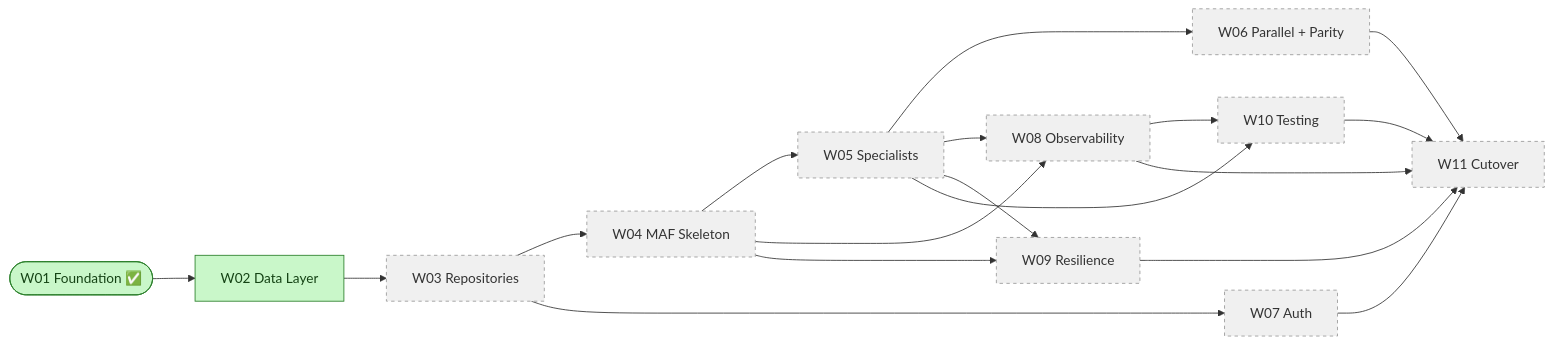
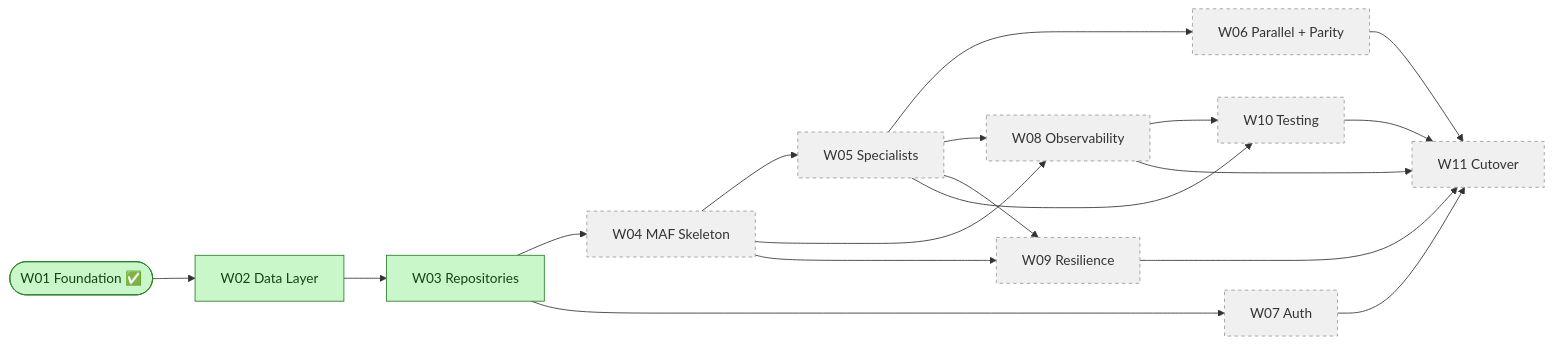
Before and after one commit to nandyap/EPG-MAF: the diagram in docs/workstreams/workstream-log.md, drawn with Mermaid. The commit also changed other lines of this file and 23 other files, not shown here.

````diff
--- a/docs/workstreams/workstream-log.md
+++ b/docs/workstreams/workstream-log.md
@@ -57,22 +57,23 @@
 ```mermaid
 flowchart LR
     W01([W01 Foundation ✅]) --> W02[W02 Data Layer]
     W02 --> W03[W03 Repositories]
     W03 --> W04[W04 MAF Skeleton]
     W04 --> W05[W05 Specialists]
     W05 --> W06[W06 Parallel + Parity]
     W03 --> W07[W07 Auth]
     W04 --> W08[W08 Observability]
     W05 --> W08
     W04 --> W09[W09 Resilience]
     W05 --> W09
     W05 --> W10[W10 Testing]
     W08 --> W10
     W06 & W07 & W08 & W09 & W10 --> W11[W11 Cutover]
 
     classDef done fill:#c9f7c9,stroke:#2a7f2a,color:#154315
     classDef pending fill:#f0f0f0,stroke:#999,stroke-dasharray:4 4
     class W01 done
     class W02 done
-    class W03,W04,W05,W06,W07,W08,W09,W10,W11 pending
+    class W03 done
+    class W04,W05,W06,W07,W08,W09,W10,W11 pending
 ```
````
